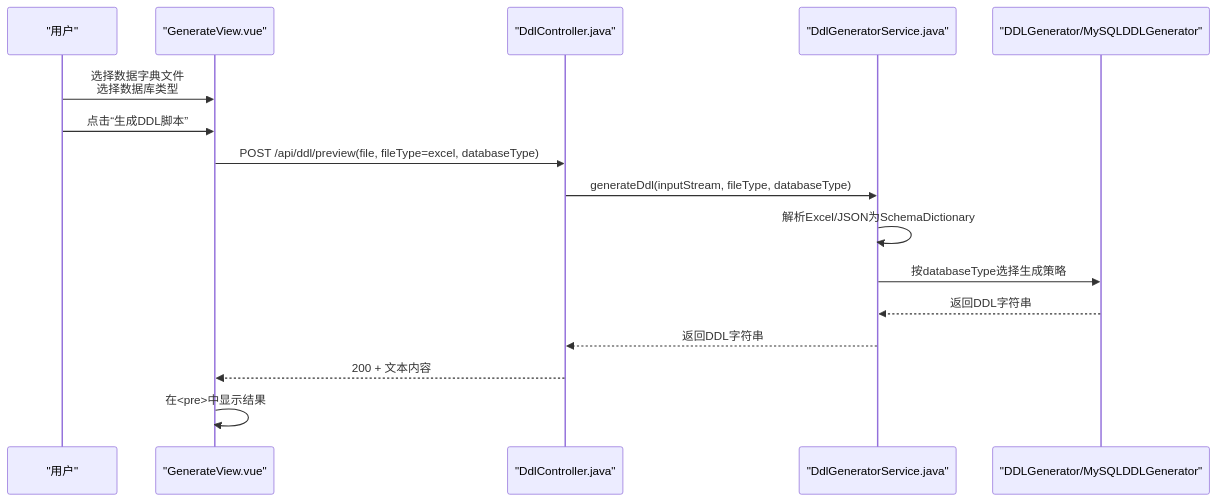
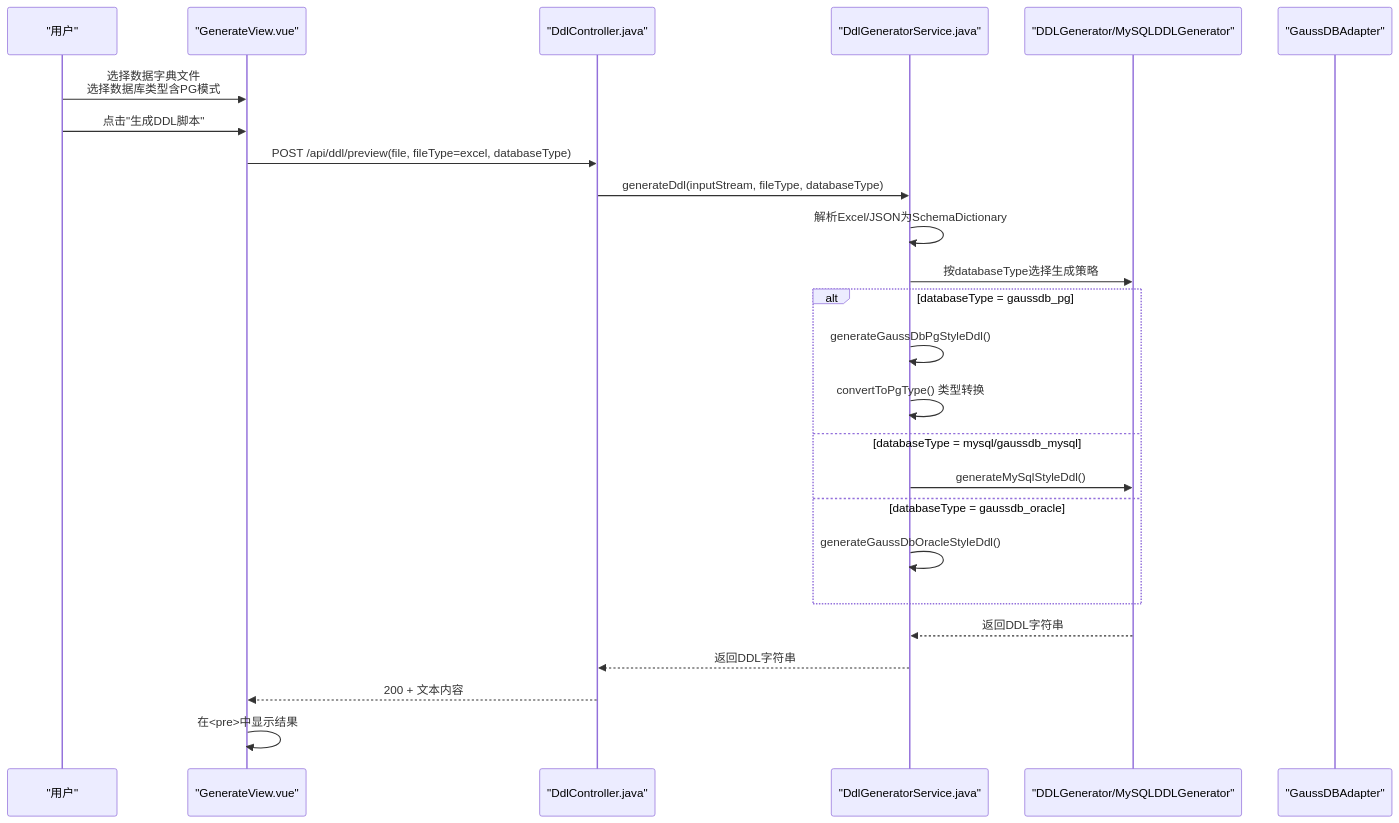
One commit to SamLing-Why/SchemaSync changed the second of 6 diagrams in .qoder/repowiki/zh/content/前端架构/页面组件详解/GenerateView DDL生成页面.md. Above: the diagram before and after it, drawn with Mermaid. The commit also changed other lines of this file and 32 other files, not shown here.

````diff
--- a/.qoder/repowiki/zh/content/前端架构/页面组件详解/GenerateView DDL生成页面.md
+++ b/.qoder/repowiki/zh/content/前端架构/页面组件详解/GenerateView DDL生成页面.md
@@ -120,18 +131,27 @@
 ```mermaid
 sequenceDiagram
 participant U as "用户"
 participant F as "GenerateView.vue"
 participant C as "DdlController.java"
 participant S as "DdlGeneratorService.java"
 participant M as "DDLGenerator/MySQLDDLGenerator"
-U->>F : 选择数据字典文件<br/>选择数据库类型
-U->>F : 点击“生成DDL脚本”
+participant G as "GaussDBAdapter"
+U->>F : 选择数据字典文件<br/>选择数据库类型含PG模式
+U->>F : 点击"生成DDL脚本"
 F->>C : POST /api/ddl/preview(file, fileType=excel, databaseType)
 C->>S : generateDdl(inputStream, fileType, databaseType)
 S->>S : 解析Excel/JSON为SchemaDictionary
 S->>M : 按databaseType选择生成策略
+alt databaseType = gaussdb_pg
+S->>S : generateGaussDbPgStyleDdl()
+S->>S : convertToPgType() 类型转换
+else databaseType = mysql/gaussdb_mysql
+S->>M : generateMySqlStyleDdl()
+else databaseType = gaussdb_oracle
+S->>S : generateGaussDbOracleStyleDdl()
+end
 M-->>S : 返回DDL字符串
 S-->>C : 返回DDL字符串
 C-->>F : 200 + 文本内容
 F->>F : 在<pre>中显示结果
 ```
````
